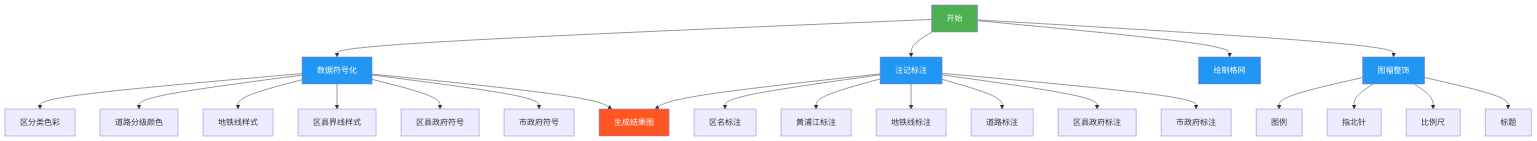
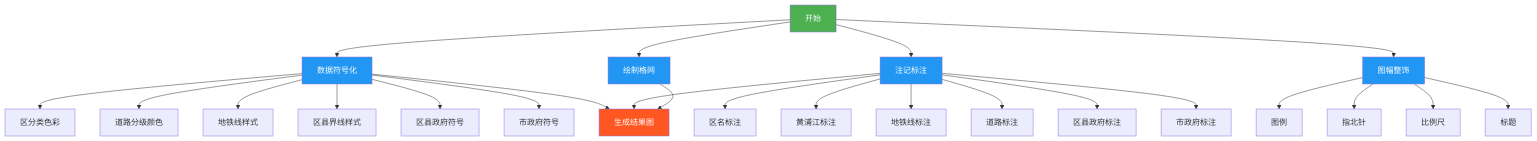
Before and after one commit to newguser/iodraw-files: the diagram in all/未命名.md, drawn with Mermaid.

Commit message:
2025-02-27 10:29:06 update

````diff
--- a/all/未命名.md
+++ b/all/未命名.md
@@ -1,34 +1,34 @@
 ```mermaid
 graph TD
     A[开始] --> B[数据符号化]
     B --> B1[区分类色彩]
     B --> B2[道路分级颜色]
     B --> B3[地铁线样式]
     B --> B4[区县界线样式]
     B --> B5[区县政府符号]
     B --> B6[市政府符号]
 
     A --> C[注记标注]
     C --> C1[区名标注]
     C --> C2[黄浦江标注]
     C --> C3[地铁线标注]
     C --> C4[道路标注]
     C --> C5[区县政府标注]
     C --> C6[市政府标注]
 
     A --> D[绘制格网]
     A --> E[图幅整饰]
     E --> E1[图例]
     E --> E2[指北针]
     E --> E3[比例尺]
     E --> E4[标题]
 
     B --> F[生成结果图]
     C--> F[生成结果图]
-    
+    D--> F[生成结果图]
 
     style A fill:#4CAF50,color:white
     style F fill:#FF5722,color:white
     classDef process fill:#2196F3,color:white;
     class B,C,D,E process
 ```
````
